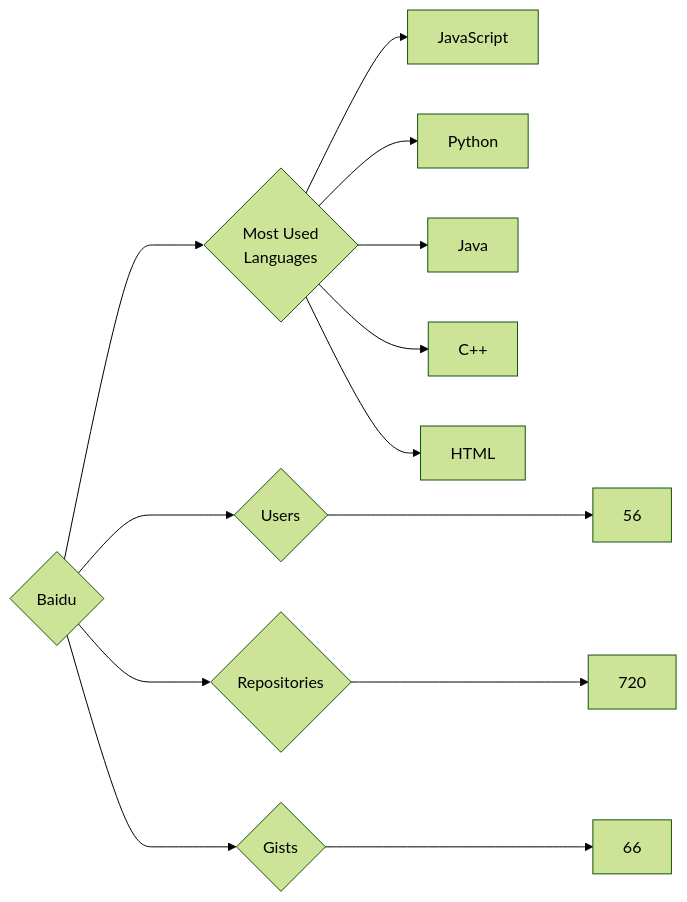
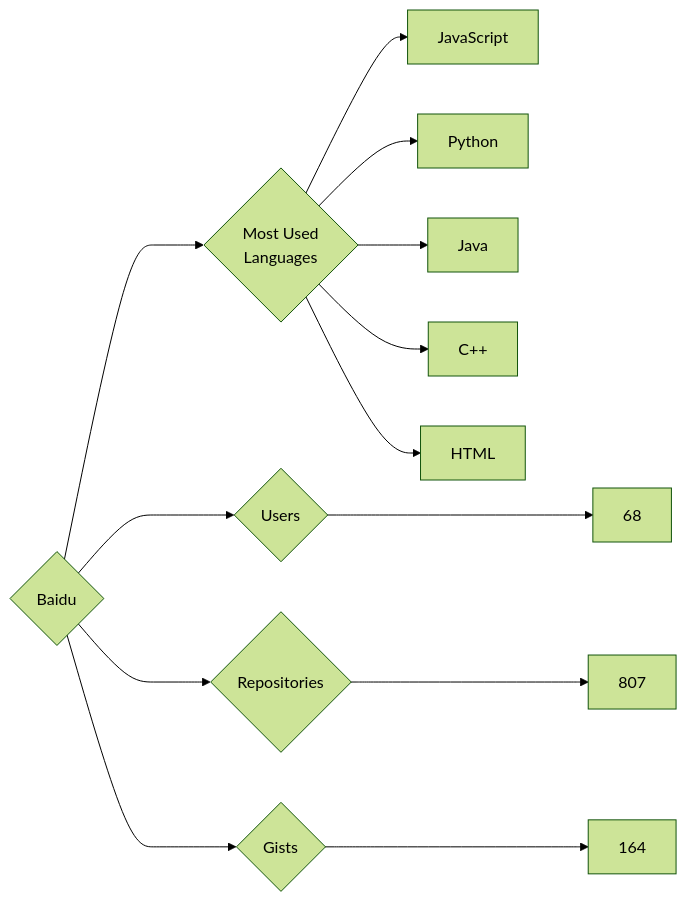
The diagram in targets/Baidu/README.md (trickest/insiders), drawn with Mermaid (forest theme) before and after one commit. The commit also changed 886 other files, not shown here.

````diff
--- a/targets/Baidu/README.md
+++ b/targets/Baidu/README.md
@@ -3,13 +3,13 @@
 ```mermaid
 graph LR
 COMPANY_NAME{Baidu}
-COMPANY_NAME ---> U{Users} ---> UN[56]
-COMPANY_NAME ---> R{Repositories} ---> RN[720]
-COMPANY_NAME ---> G{Gists} ---> GN[66]
+COMPANY_NAME ---> U{Users} ---> UN[68]
+COMPANY_NAME ---> R{Repositories} ---> RN[807]
+COMPANY_NAME ---> G{Gists} ---> GN[164]
 COMPANY_NAME ---> ML{Most Used<br>Languages}
 ML --> JavaScript[JavaScript]
 ML --> Python[Python]
 ML --> Java[Java]
 ML --> C++[C++]
 ML --> HTML[HTML]
 ```
````
